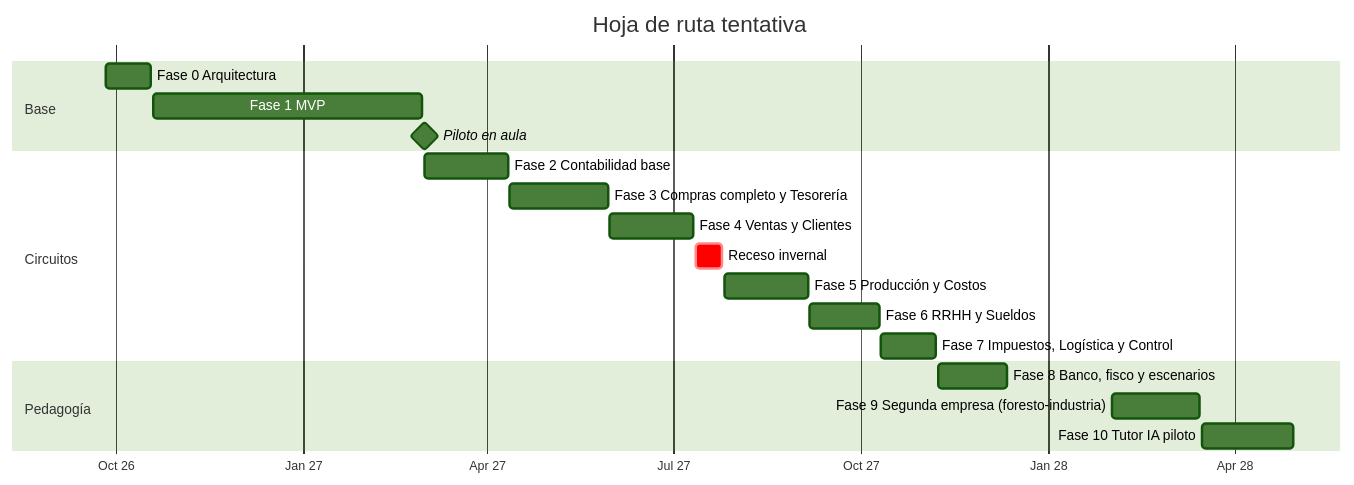
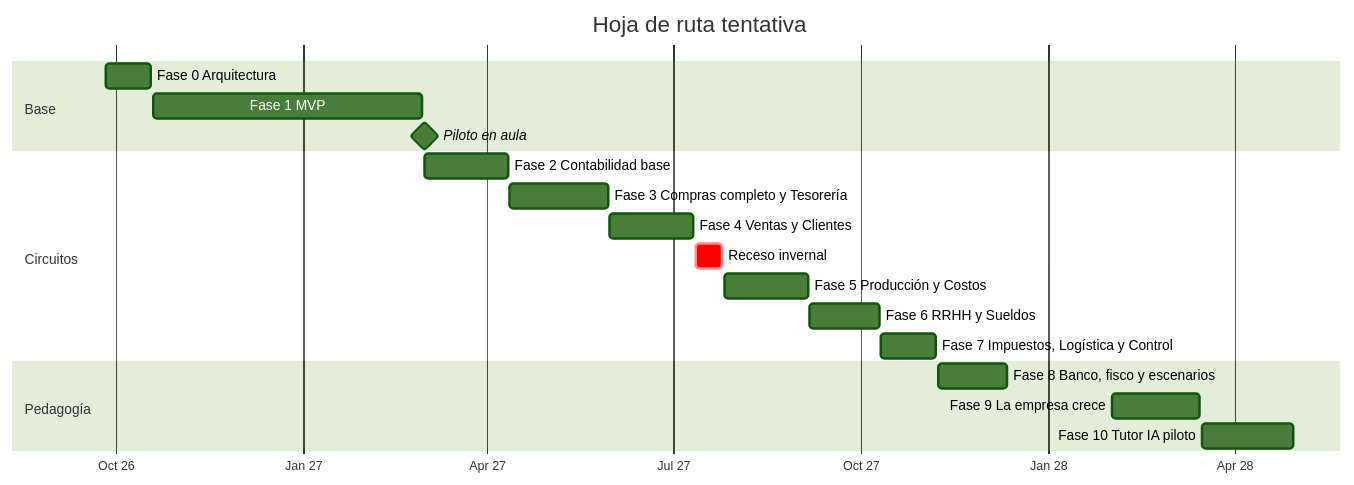
Before and after one commit to juanmanuelgomez143620/integrar-erp: the diagram in ROADMAP.md, drawn with Mermaid (forest theme). The commit also changed other lines of this file and 4 other files, not shown here.

First line of the commit message:
docs: la Fase 9 pasa a ser "la empresa crece"

````diff
--- a/ROADMAP.md
+++ b/ROADMAP.md
@@ -16,22 +16,22 @@
 ```mermaid
 gantt
   title Hoja de ruta tentativa
   dateFormat YYYY-MM-DD
   axisFormat %b %y
   section Base
   Fase 0 Arquitectura               :f0, 2026-09-26, 2026-10-18
   Fase 1 MVP                        :f1, 2026-10-19, 2027-02-28
   Piloto en aula                    :milestone, m1, 2027-03-01, 0d
   section Circuitos
   Fase 2 Contabilidad base          :f2, 2027-03-01, 2027-04-11
   Fase 3 Compras completo y Tesorería :f3, 2027-04-12, 2027-05-30
   Fase 4 Ventas y Clientes          :f4, 2027-05-31, 2027-07-11
   Receso invernal                   :crit, r1, 2027-07-12, 2027-07-25
   Fase 5 Producción y Costos        :f5, 2027-07-26, 2027-09-05
   Fase 6 RRHH y Sueldos             :f6, 2027-09-06, 2027-10-10
   Fase 7 Impuestos, Logística y Control :f7, 2027-10-11, 2027-11-07
   section Pedagogía
   Fase 8 Banco, fisco y escenarios  :f8, 2027-11-08, 2027-12-12
-  Fase 9 Segunda empresa (foresto-industria) :f9, 2028-02-01, 2028-03-15
+  Fase 9 La empresa crece            :f9, 2028-02-01, 2028-03-15
   Fase 10 Tutor IA piloto           :f10, 2028-03-16, 2028-04-30
 ```
````
